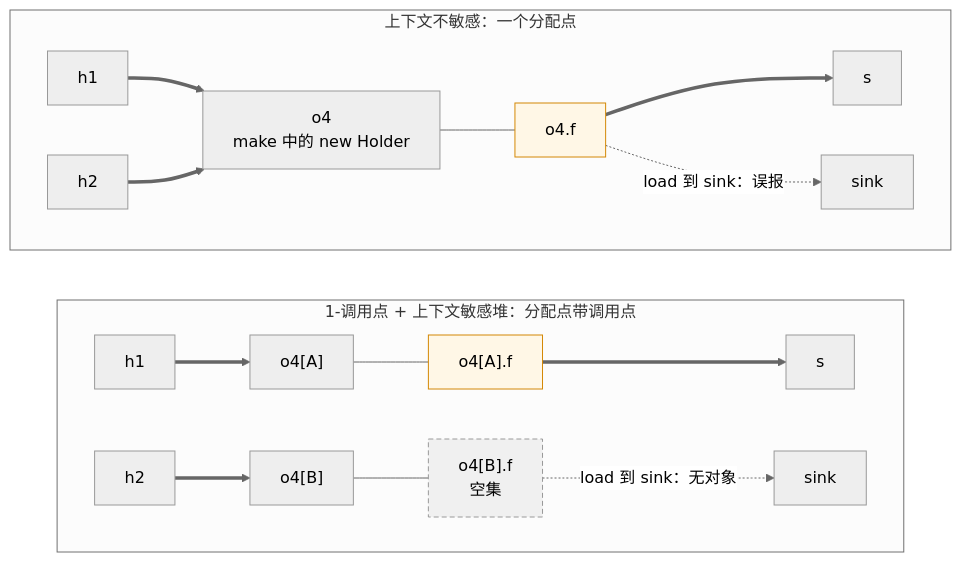
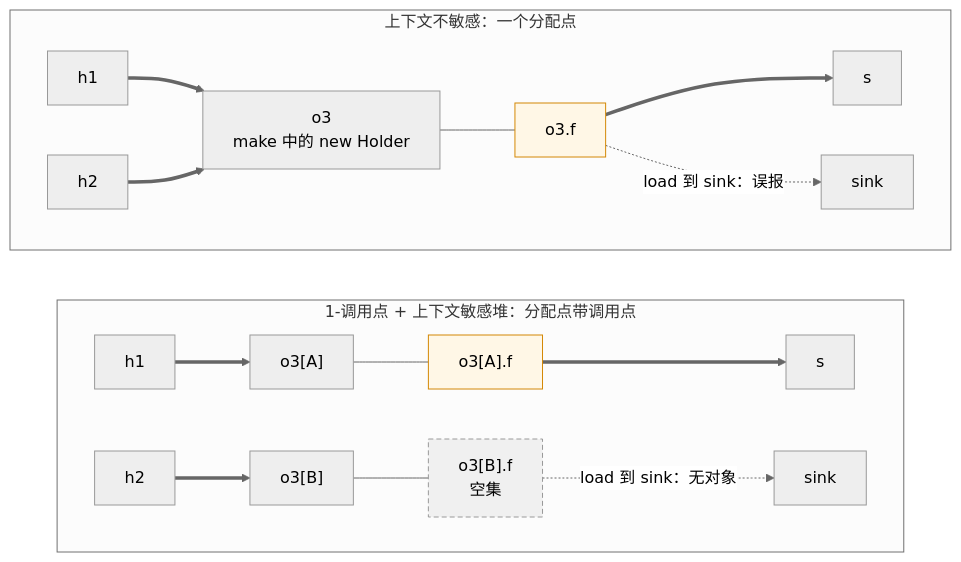
The diagram in src/static-analysis/assets/11-series-2.mmd (Scrates1/Scrates1.github.io), drawn with Mermaid (neutral theme) before and after one commit. The commit also changed 5 other files, not shown here.

```diff
--- a/src/static-analysis/assets/11-series-2.mmd
+++ b/src/static-analysis/assets/11-series-2.mmd
@@ -1,23 +1,23 @@
 flowchart LR
   subgraph CS[1-调用点 + 上下文敏感堆：分配点带调用点]
     direction LR
-    g1[h1] ==> oA["o4[A]"]
-    g2[h2] ==> oB["o4[B]"]
-    oA --- oAf["o4[A].f"]
-    oB --- oBf["o4[B].f
+    g1[h1] ==> oA["o3[A]"]
+    g2[h2] ==> oB["o3[B]"]
+    oA --- oAf["o3[A].f"]
+    oB --- oBf["o3[B].f
 空集"]
     oAf ==> s2["s"]
     oBf -.->|"load 到 sink：无对象"| k2[sink]
   end
   subgraph CI[上下文不敏感：一个分配点]
     direction LR
-    h1[h1] ==> o4["o4
+    h1[h1] ==> o3["o3
 make 中的 new Holder"]
-    h2[h2] ==> o4
-    o4 --- o4f["o4.f"]
-    o4f ==> s1["s"]
-    o4f -.->|"load 到 sink：误报"| k1[sink]
+    h2[h2] ==> o3
+    o3 --- o3f["o3.f"]
+    o3f ==> s1["s"]
+    o3f -.->|"load 到 sink：误报"| k1[sink]
   end
-  style o4f fill:#fff7e6,stroke:#d48806
+  style o3f fill:#fff7e6,stroke:#d48806
   style oAf fill:#fff7e6,stroke:#d48806
   style oBf fill:#f0f0f0,stroke:#999999,stroke-dasharray:5 3
```
